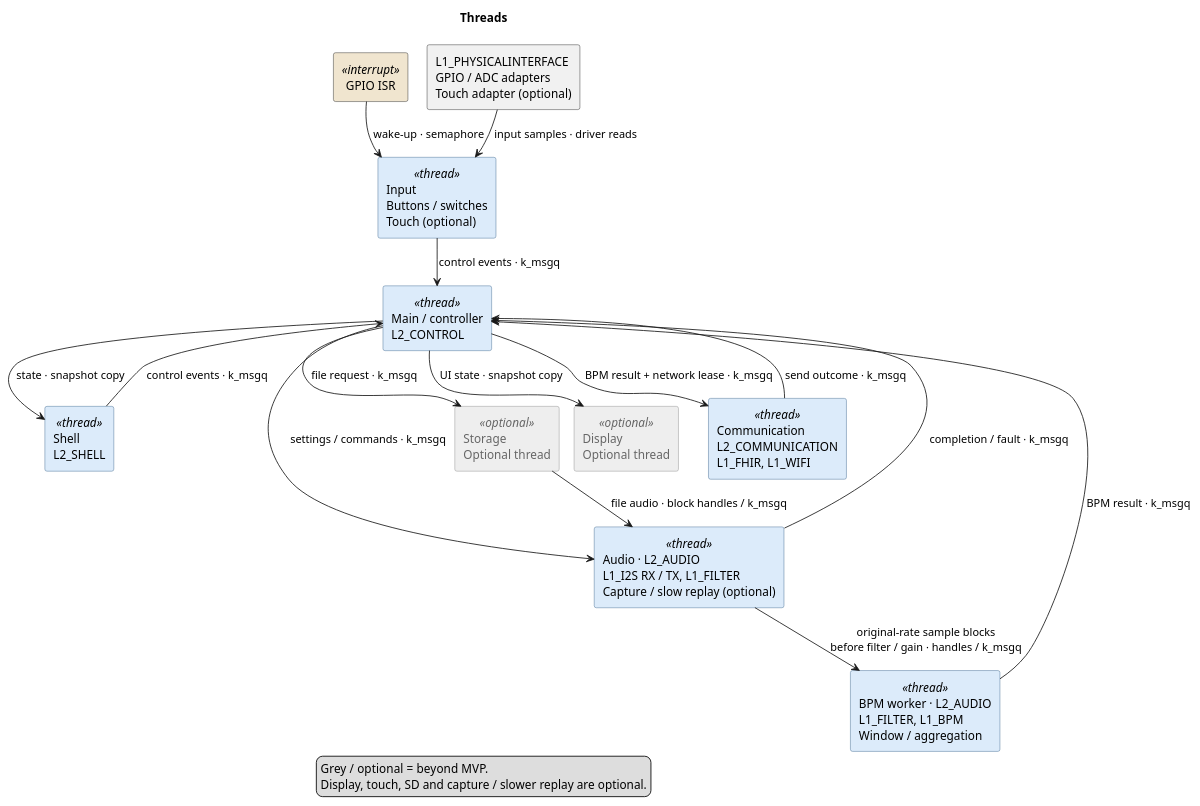
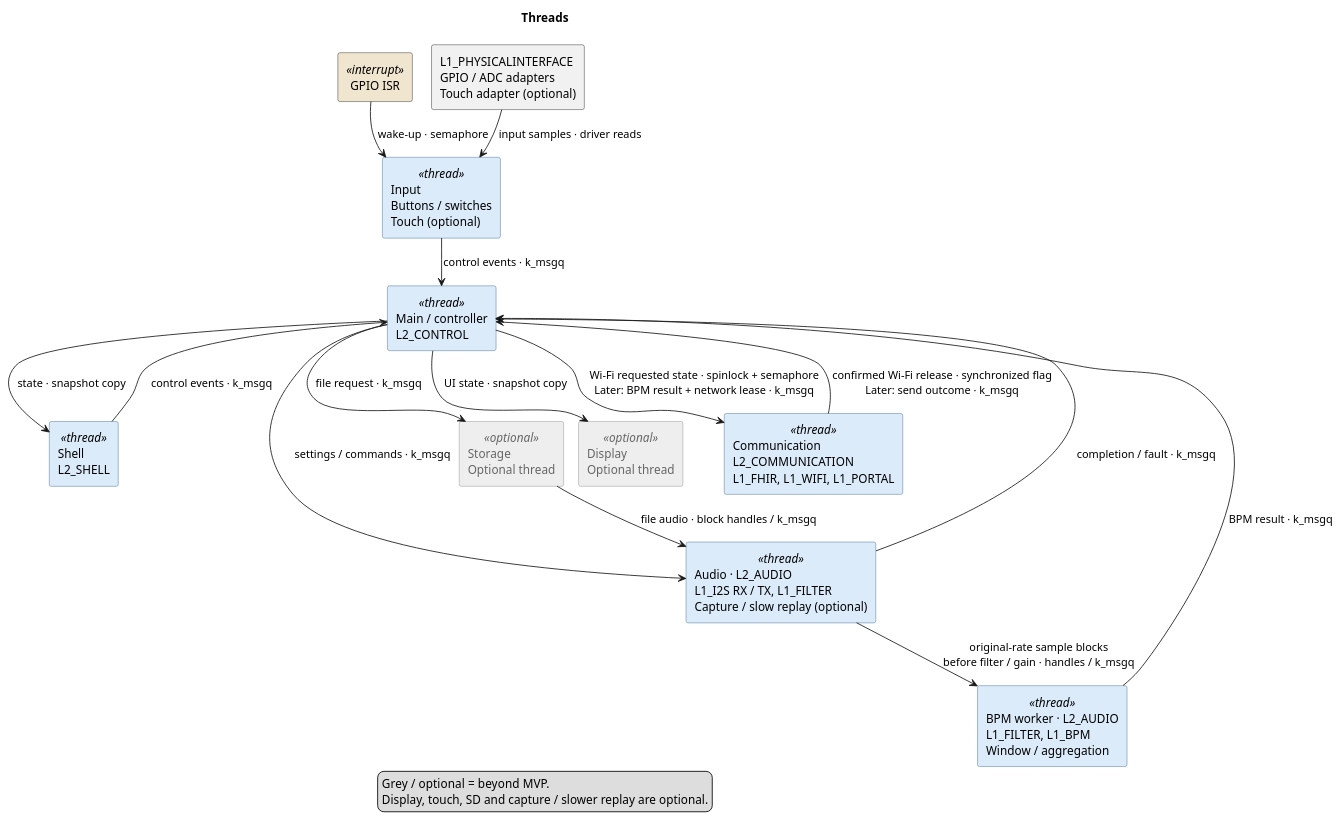
Before and after one commit to DemonicPsychoII/DigitalStethoscope: the diagram in Development/system/architecture/runtime-ownership.puml, drawn with PlantUML. The commit also changed 27 other files, not shown here.

```diff
--- a/Development/system/architecture/runtime-ownership.puml
+++ b/Development/system/architecture/runtime-ownership.puml
@@ -1,51 +1,51 @@
 @startuml runtime_ownership
 !pragma layout smetana
 skinparam shadowing false
 skinparam component {
  BackgroundColor<<optional>> #EEEEEE
  BorderColor<<optional>> #888888
  FontColor<<optional>> #666666
 }
 skinparam artifact {
  BackgroundColor<<optional>> #EEEEEE
  BorderColor<<optional>> #888888
  FontColor<<optional>> #666666
 }
 skinparam componentStyle rectangle
 skinparam defaultFontName SansSerif
 title Threads
 top to bottom direction
 skinparam component {
  BackgroundColor<<thread>> #DCEBFA
  BorderColor<<thread>> #345E87
  BackgroundColor<<interrupt>> #F0E5CF
 }
 component "GPIO ISR" as irq <<interrupt>>
 component "L1_PHYSICALINTERFACE\nGPIO / ADC adapters\nTouch adapter (optional)" as adapters
 component "Input\nButtons / switches\nTouch (optional)" as inp <<thread>>
 component "Shell\nL2_SHELL" as shell <<thread>>
 component "Main / controller\nL2_CONTROL" as ctl <<thread>>
 component "Audio · L2_AUDIO\nL1_I2S RX / TX, L1_FILTER\nCapture / slow replay (optional)" as audio <<thread>>
 component "BPM worker · L2_AUDIO\nL1_FILTER, L1_BPM\nWindow / aggregation" as bpm <<thread>>
 component "Storage\nOptional thread" as storage <<optional>>
 component "Display\nOptional thread" as display <<optional>>
-component "Communication\nL2_COMMUNICATION\nL1_FHIR, L1_WIFI" as net <<thread>>
+component "Communication\nL2_COMMUNICATION\nL1_FHIR, L1_WIFI, L1_PORTAL" as net <<thread>>
 irq --> inp : wake-up · semaphore
 adapters --> inp : input samples · driver reads
 inp --> ctl : control events · k_msgq
 shell --> ctl : control events · k_msgq
 ctl --> shell : state · snapshot copy
 ctl --> audio : settings / commands · k_msgq
 audio --> bpm : original-rate sample blocks\nbefore filter / gain · handles / k_msgq
 bpm --> ctl : BPM result · k_msgq
 audio --> ctl : completion / fault · k_msgq
 ctl --> storage : file request · k_msgq
 storage --> audio : file audio · block handles / k_msgq
 ctl --> display : UI state · snapshot copy
-ctl --> net : BPM result + network lease · k_msgq
-net --> ctl : send outcome · k_msgq
+ctl --> net : Wi-Fi requested state · spinlock + semaphore\nLater: BPM result + network lease · k_msgq
+net --> ctl : confirmed Wi-Fi release · synchronized flag\nLater: send outcome · k_msgq
 legend bottom
   Grey / optional = beyond MVP.
   Display, touch, SD and capture / slower replay are optional.
 endlegend
 @enduml
```
